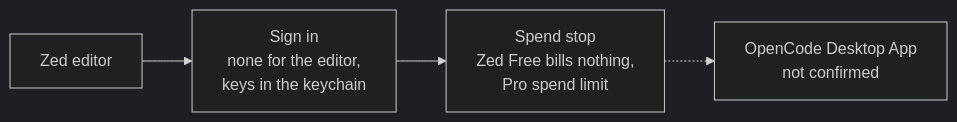
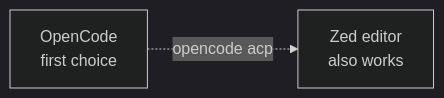
One commit to SoulCraft-Org/compute-crafter changed the diagram in guides/zed.md. Above: the diagram before and after it, drawn with Mermaid (dark theme). The commit also changed other lines of this file and 6 other files, not shown here.

First line of the commit message:
Make OpenCode first, Zed and Goose secondary (#336)

````diff
--- a/guides/zed.md
+++ b/guides/zed.md
@@ -5,5 +5,4 @@
 ```mermaid
 flowchart LR
-  P[Zed editor] --> S[Sign in<br/>none for the editor,<br/>keys in the keychain] --> G[Spend stop<br/>Zed Free bills nothing,<br/>Pro spend limit]
-  G -.-> O[OpenCode Desktop App<br/>not confirmed]
+  O[OpenCode<br/>first choice] -.->|opencode acp| P[Zed editor<br/>also works]
 ```
````
